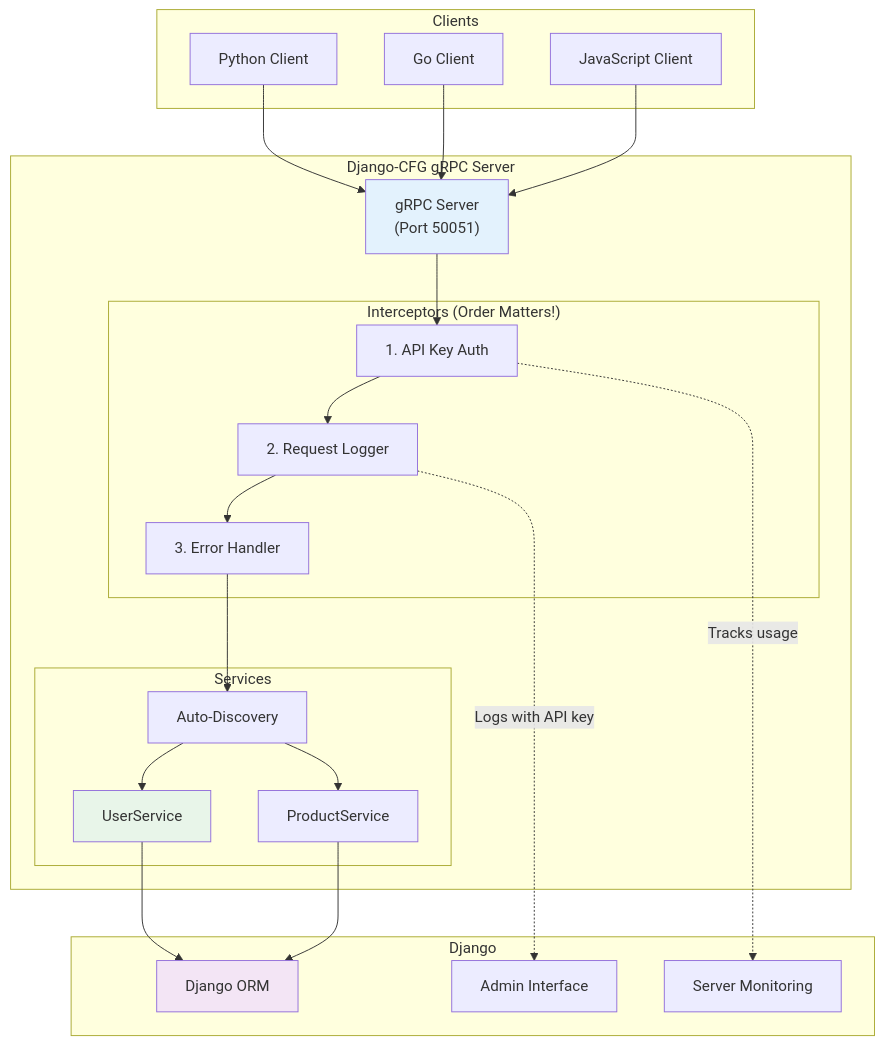
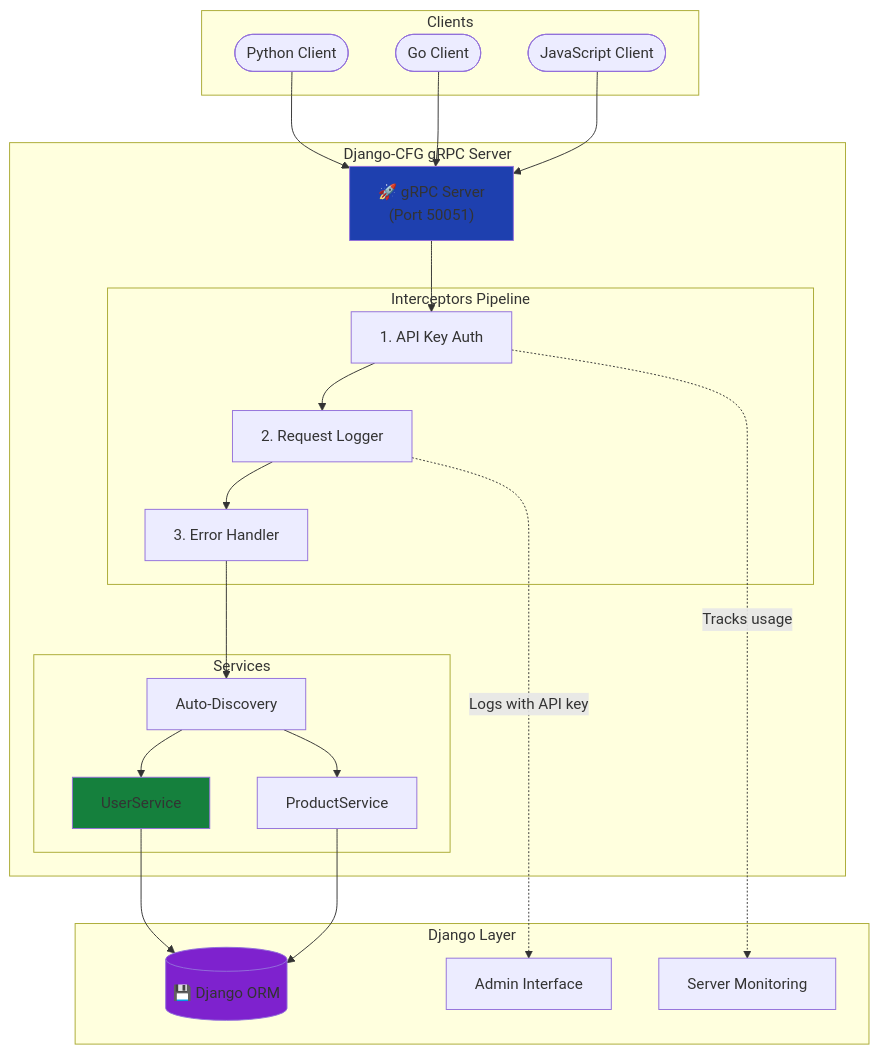
The first of 7 diagrams in docs/features/integrations/grpc/index.md (markolofsen/django-cfg), drawn with Mermaid before and after one commit. The commit also changed other lines of this file and 10 other files, not shown here.

First line of the commit message:
feat(grpc): improve gRPC server visualization and configuration

````diff
--- a/docs/features/integrations/grpc/index.md
+++ b/docs/features/integrations/grpc/index.md
@@ -100,47 +100,47 @@
 ```mermaid
 graph TB
     subgraph "Clients"
-        Python["Python Client"]
-        Go["Go Client"]
-        JS["JavaScript Client"]
+        Python([Python Client])
+        Go([Go Client])
+        JS([JavaScript Client])
     end
 
     subgraph "Django-CFG gRPC Server"
-        Server["gRPC Server<br/>(Port 50051)"]
+        Server["🚀 gRPC Server<br/>(Port 50051)"]
 
-        subgraph "Interceptors (Order Matters!)"
+        subgraph "Interceptors Pipeline"
             ApiKeyAuth["1. API Key Auth"]
             Logger["2. Request Logger"]
             Error["3. Error Handler"]
         end
 
         subgraph "Services"
             Auto["Auto-Discovery"]
             User["UserService"]
             Product["ProductService"]
         end
     end
 
-    subgraph "Django"
-        ORM["Django ORM"]
+    subgraph "Django Layer"
+        ORM[("💾 Django ORM")]
         Admin["Admin Interface"]
         Monitoring["Server Monitoring"]
     end
 
     Python --> Server
     Go --> Server
     JS --> Server
 
     Server --> ApiKeyAuth --> Logger --> Error
     Error --> Auto --> User
     Auto --> Product
 
     User --> ORM
     Product --> ORM
     Logger -.->|Logs with API key| Admin
     ApiKeyAuth -.->|Tracks usage| Monitoring
 
-    style Server fill:#e3f2fd
-    style User fill:#e8f5e9
-    style ORM fill:#f3e5f5
+    style Server fill:#1e40af
+    style User fill:#15803d
+    style ORM fill:#7e22ce
 ```
````
